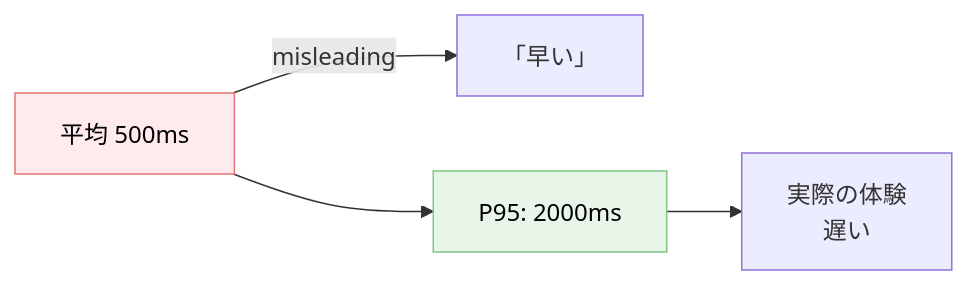
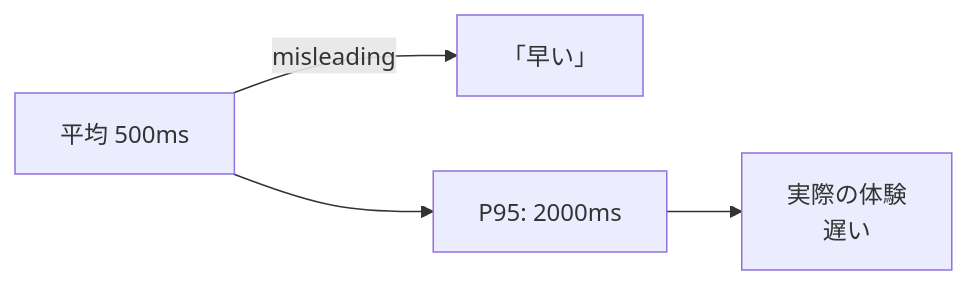
Before and after one commit to dinekt/dinekt-wiki: the second of 3 diagrams in docs/tech-notes/ai-エージェント運用の-10-メトリクス.md, drawn with Mermaid. The commit also changed other lines of this file and 70 other files, not shown here.

First line of the commit message:
fix(mermaid): strip all inline styling, rely on theme

````diff
--- a/docs/tech-notes/ai-エージェント運用の-10-メトリクス.md
+++ b/docs/tech-notes/ai-エージェント運用の-10-メトリクス.md
@@ -73,9 +72,7 @@
 ```mermaid
 flowchart LR
     A[平均 500ms] -->|misleading| B[「早い」]
     A --> P95[P95: 2000ms]
     P95 --> REAL[実際の体験<br/>遅い]
 
-    style A fill:#ffebee,stroke:#e57373,color:#000
-    style P95 fill:#e8f5e9,stroke:#81c784,color:#000
 ```
````
